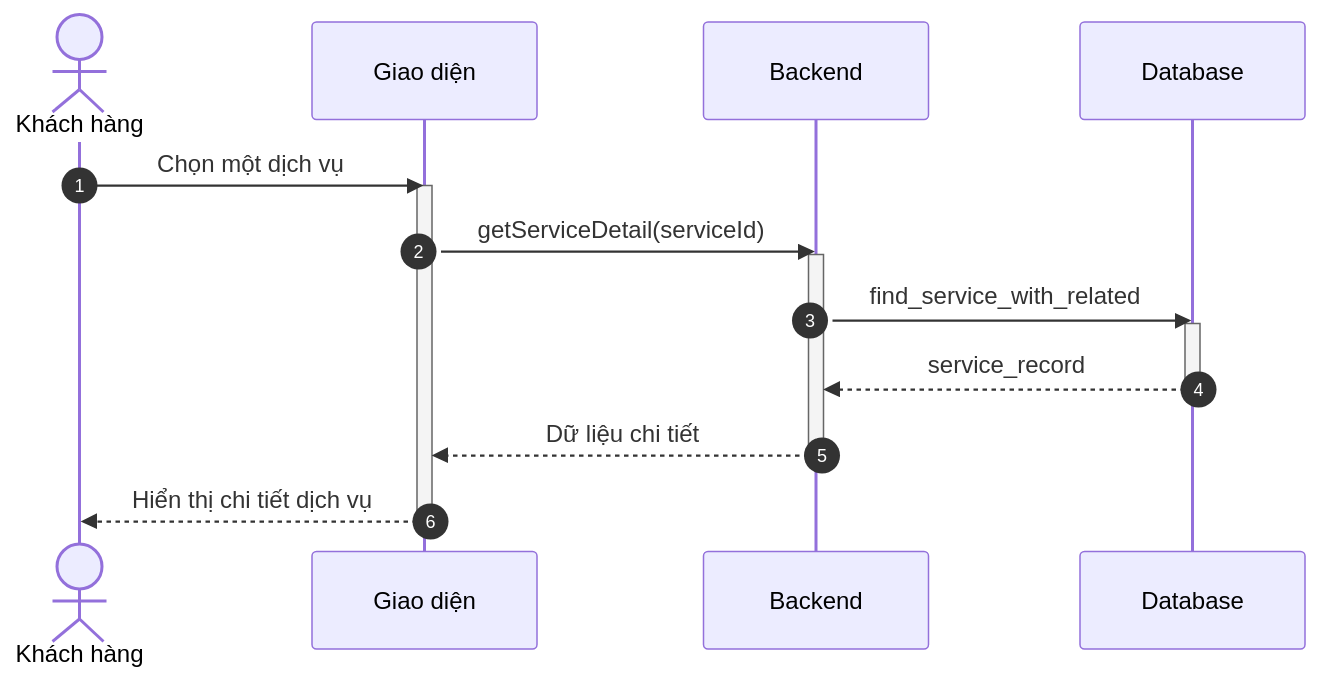
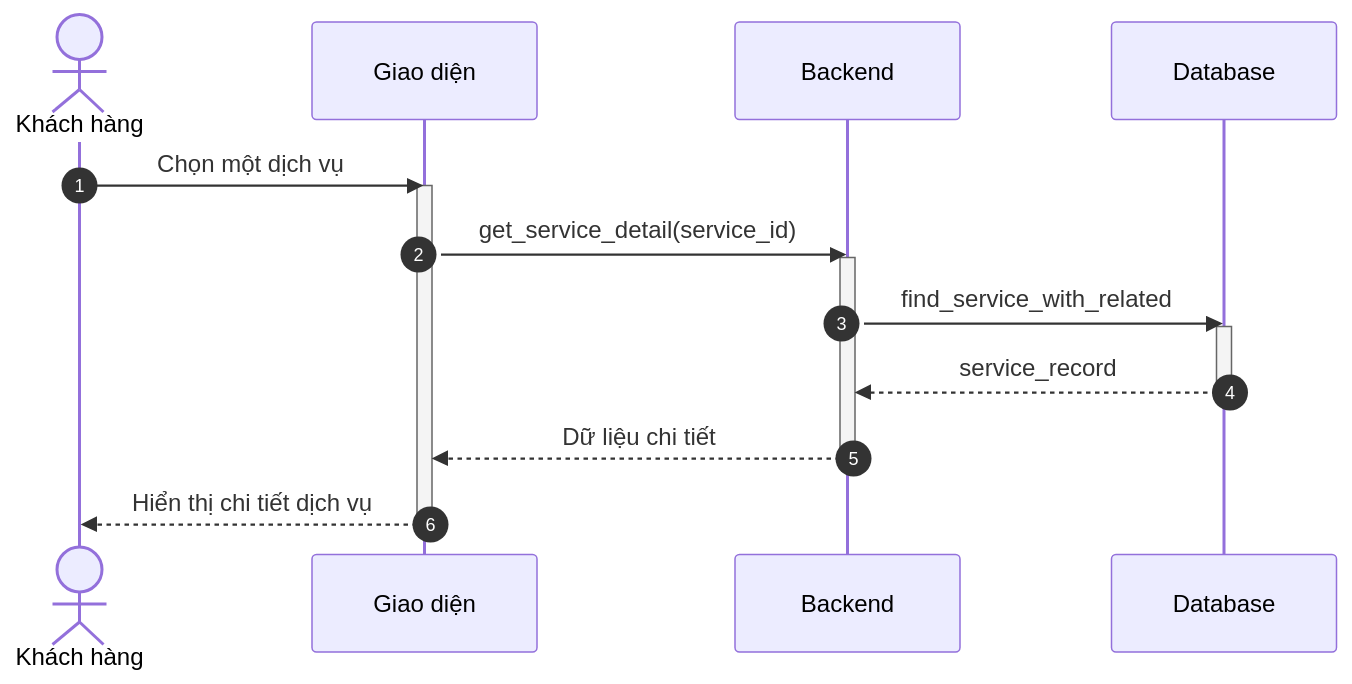
Before and after one commit to ngoctinn/Synapse: the second of 10 diagrams in docs/design/sequences/customer_flows.md, drawn with Mermaid. The commit also changed other lines of this file and 4 other files, not shown here.

Commit message:
docs: Add activity and sequence diagrams for authentication, customer, receptionist, and technician flows.

````diff
--- a/docs/design/sequences/customer_flows.md
+++ b/docs/design/sequences/customer_flows.md
@@ -56,24 +56,24 @@
 ```mermaid
 sequenceDiagram
     autonumber
     actor KH as Khách hàng
     participant UI as Giao diện
     participant BE as Backend
     participant DB as Database
 
     KH->>UI: Chọn một dịch vụ
     activate UI
-    UI->>BE: getServiceDetail(serviceId)
+    UI->>BE: get_service_detail(service_id)
     activate BE
 
     BE->>DB: find_service_with_related
     activate DB
     DB-->>BE: service_record
     deactivate DB
 
     BE-->>UI: Dữ liệu chi tiết
     deactivate BE
 
     UI-->>KH: Hiển thị chi tiết dịch vụ
     deactivate UI
 ```
````
